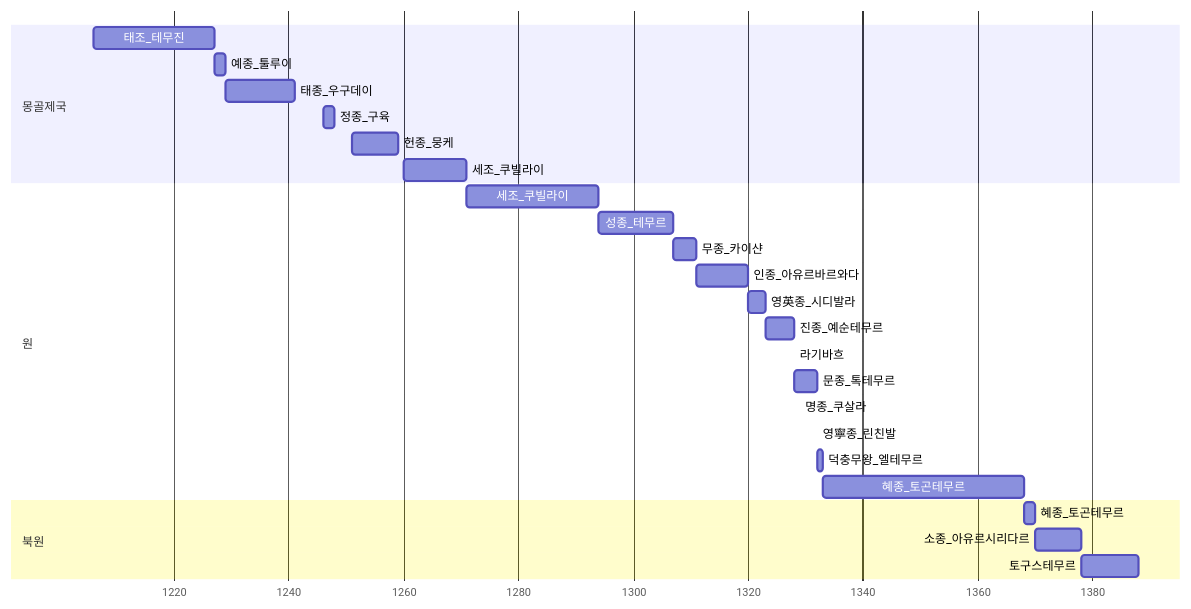
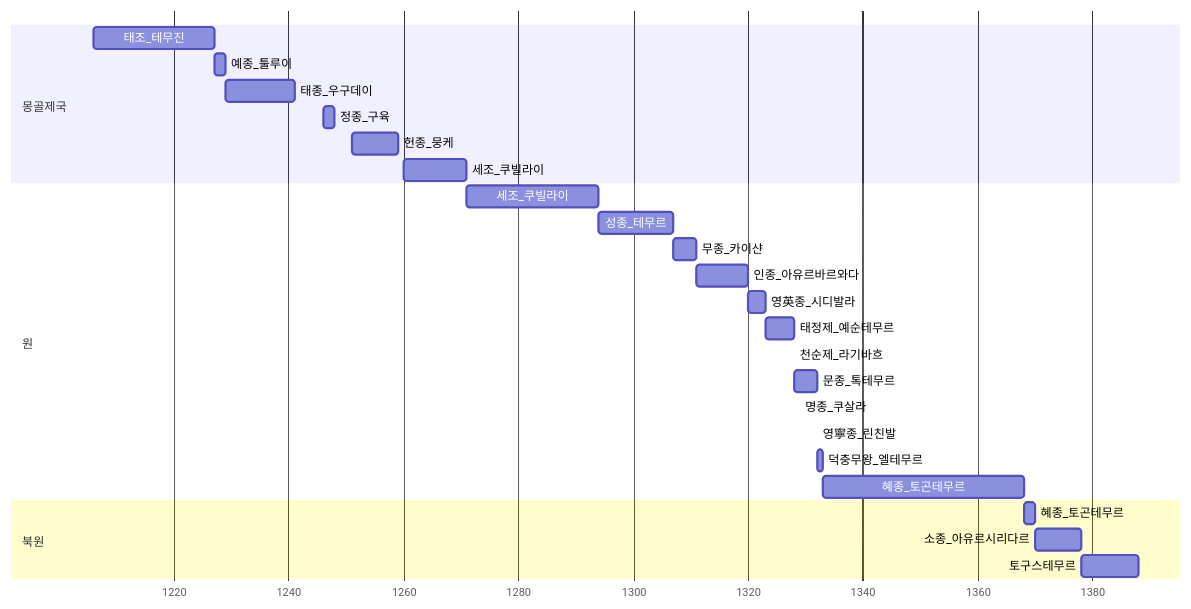
The first of 2 diagrams in 중국사/원왕조.md (daewonyoon/historigram), drawn with Mermaid before and after one commit. The commit also changed other lines of this file, not shown here.

Commit message:
원왕조 수정.

````diff
--- a/중국사/원왕조.md
+++ b/중국사/원왕조.md
@@ -1,33 +1,33 @@
 ```mermaid
 gantt
 
 dateFormat YYYY
 axisFormat %Y
 
 section 몽골제국
 태조_테무진: 1206, 1227
 예종_툴루이: 1227, 1229
 태종_우구데이: 1229, 1241
 정종_구육: 1246, 1248
 헌종_뭉케: 1251, 1259
 세조_쿠빌라이: 1260, 1271
 
 section 원
 세조_쿠빌라이: 1271, 1294
 성종_테무르: 1294, 1307
 무종_카이샨: 1307, 1311
 인종_아유르바르와다: 1311, 1320
 영英종_시디발라: 1320,1323
-진종_예순테무르: 1323, 1328
-라기바흐: 1328, 1328
+태정제_예순테무르: 1323, 1328
+천순제_라기바흐: 1328, 1328
 문종_톡테무르: 1328, 1332
 명종_쿠살라: 1329, 1329
 영寧종_린친발: 1332, 1332
 덕충무왕_엘테무르: 1332, 1333
 혜종_토곤테무르: 1333, 1368
 
 section 북원
 혜종_토곤테무르: 1368, 1370
 소종_아유르시리다르: 1370, 1378
 토구스테무르: 1378, 1388
 ```
````
